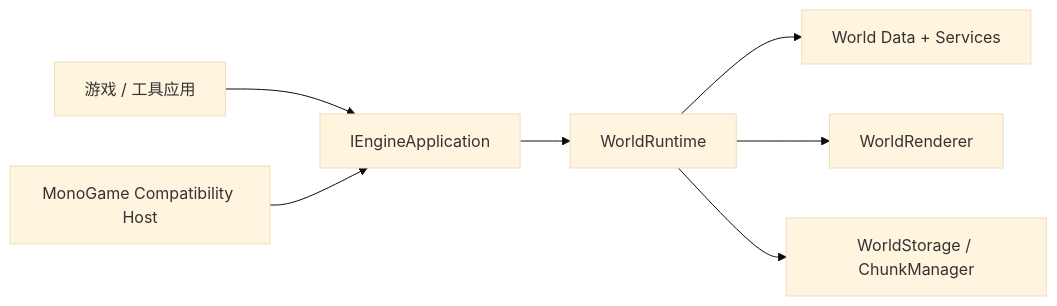
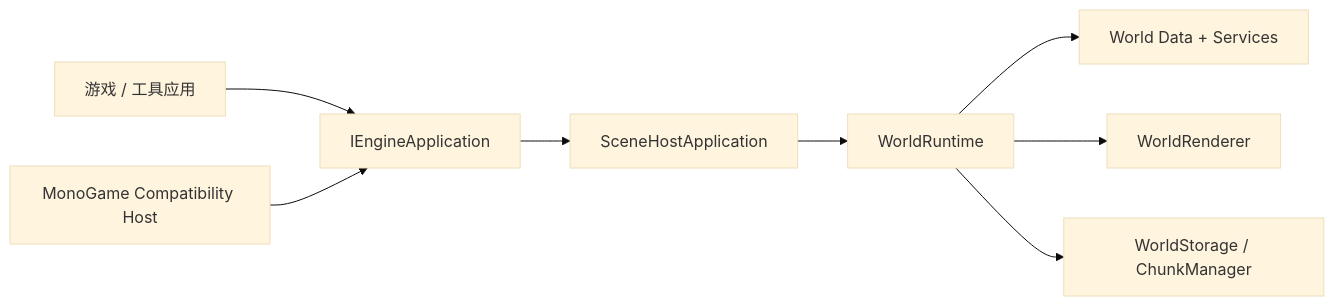
The diagram in README.zh-CN.md (ZQDesigned/TileWorldEngine), drawn with Mermaid (base theme) before and after one commit. The commit also changed other lines of this file and 36 other files, not shown here.

````diff
--- a/README.zh-CN.md
+++ b/README.zh-CN.md
@@ -64,9 +65,10 @@
 ```mermaid
 flowchart LR
     A["游戏 / 工具应用"] --> B["IEngineApplication"]
-    B --> C["WorldRuntime"]
-    C --> D["World Data + Services"]
-    C --> E["WorldRenderer"]
-    C --> F["WorldStorage / ChunkManager"]
-    G["MonoGame Compatibility Host"] --> B
+    B --> C["SceneHostApplication"]
+    C --> D["WorldRuntime"]
+    D --> E["World Data + Services"]
+    D --> F["WorldRenderer"]
+    D --> G["WorldStorage / ChunkManager"]
+    H["MonoGame Compatibility Host"] --> B
 ```
````
